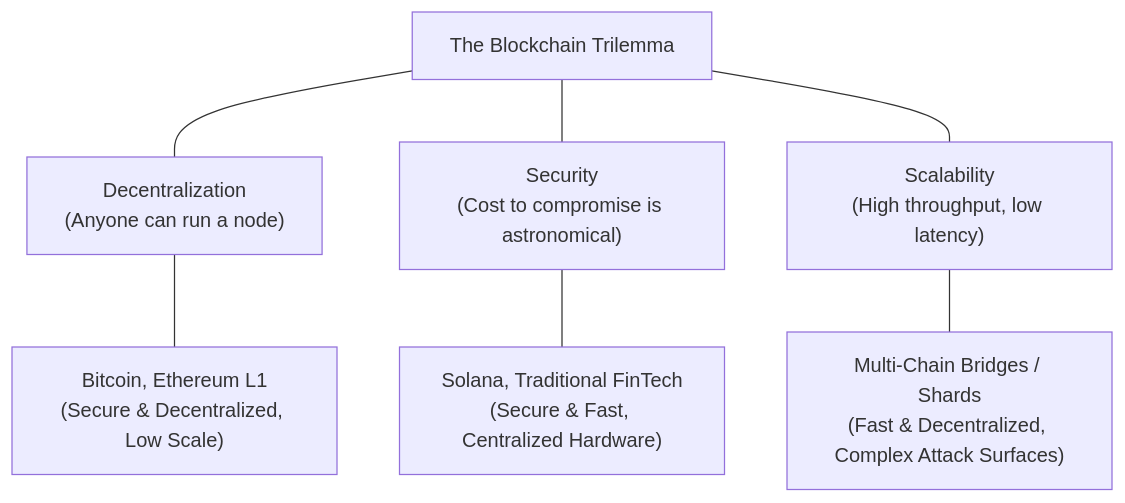
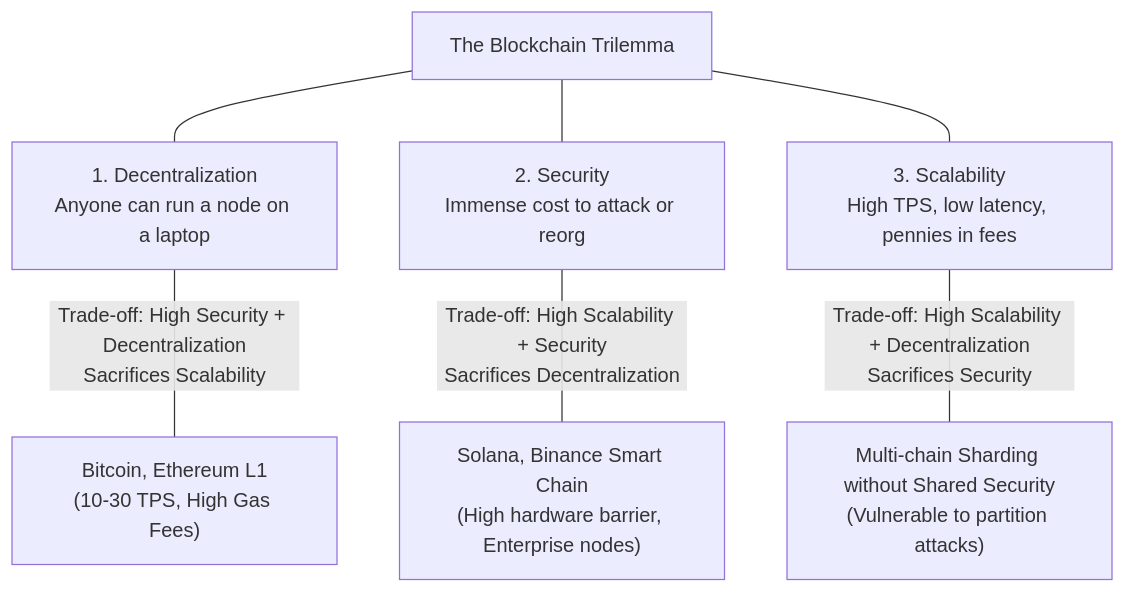
The first of 5 diagrams in docs/learn/fundamentals/06-scalability-and-security/01-blockchain-trilemma.md (ub-society/modules), drawn with Mermaid before and after one commit. The commit also changed other lines of this file and 4 other files, not shown here.

````diff
--- a/docs/learn/fundamentals/06-scalability-and-security/01-blockchain-trilemma.md
+++ b/docs/learn/fundamentals/06-scalability-and-security/01-blockchain-trilemma.md
@@ -8,11 +13,11 @@
 ```mermaid
 flowchart TD
     Trilemma["The Blockchain Trilemma"]
-    Trilemma --- D["Decentralization<br/>(Anyone can run a node)"]
-    Trilemma --- S["Security<br/>(Cost to compromise is astronomical)"]
-    Trilemma --- T["Scalability<br/>(High throughput, low latency)"]
+    Trilemma --- Dec["1. Decentralization<br/>Anyone can run a node on a laptop"]
+    Trilemma --- Sec["2. Security<br/>Immense cost to attack or reorg"]
+    Trilemma --- Sca["3. Scalability<br/>High TPS, low latency, pennies in fees"]
 
-    D --- DS["Bitcoin, Ethereum L1<br/>(Secure & Decentralized, Low Scale)"]
-    S --- ST["Solana, Traditional FinTech<br/>(Secure & Fast, Centralized Hardware)"]
-    T --- DT["Multi-Chain Bridges / Shards<br/>(Fast & Decentralized, Complex Attack Surfaces)"]
+    Dec ---|Trade-off: High Security + Decentralization<br/>Sacrifices Scalability| Slow["Bitcoin, Ethereum L1<br/>(10-30 TPS, High Gas Fees)"]
+    Sec ---|Trade-off: High Scalability + Security<br/>Sacrifices Decentralization| Fast["Solana, Binance Smart Chain<br/>(High hardware barrier, Enterprise nodes)"]
+    Sca ---|Trade-off: High Scalability + Decentralization<br/>Sacrifices Security| Risky["Multi-chain Sharding without Shared Security<br/>(Vulnerable to partition attacks)"]
 ```
````
